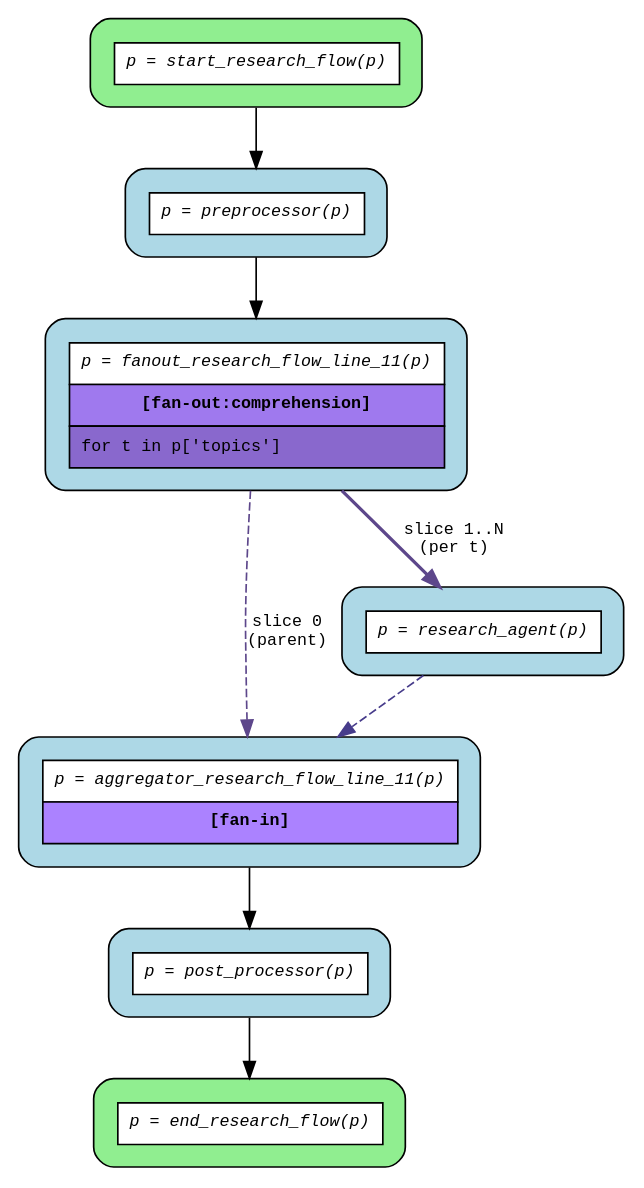
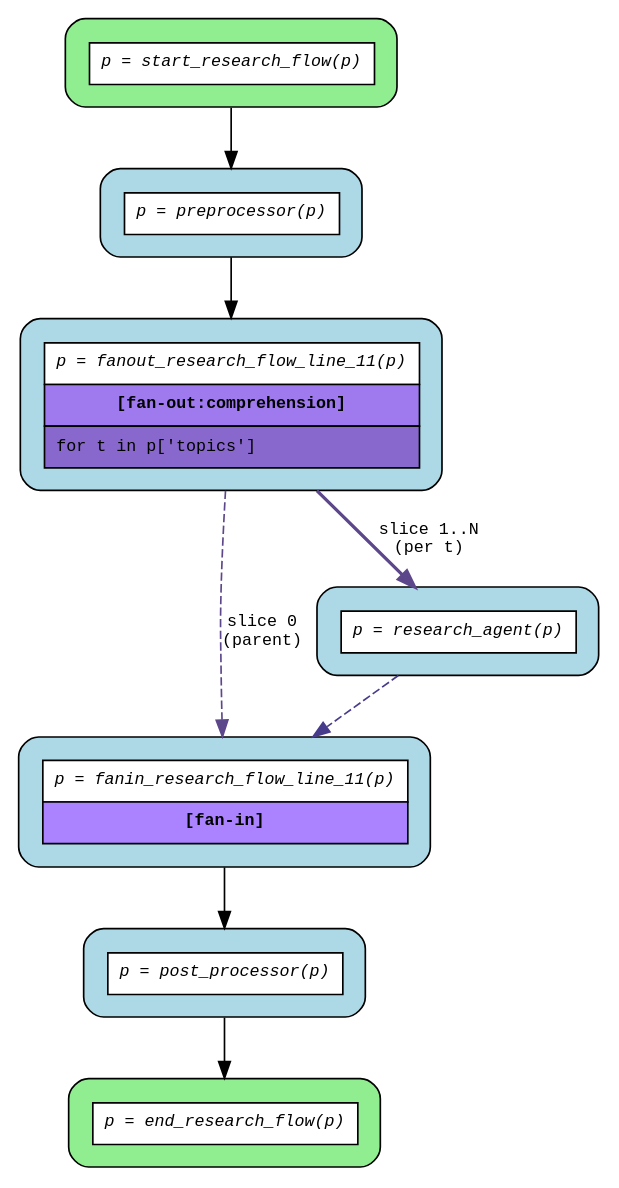
Before and after one commit to deliveryhero/asya: the diagram in examples/flows/compiled/fanout_comprehension/flow.dot, drawn with Graphviz. The commit also changed 19 other files, not shown here.

First line of the commit message:
Rename fan-out generated actor from aggregator to fanin

```diff
--- a/examples/flows/compiled/fanout_comprehension/flow.dot
+++ b/examples/flows/compiled/fanout_comprehension/flow.dot
@@ -1,22 +1,22 @@
 digraph flow {
   rankdir=TB;
   graph [fontname="Courier", fontsize=10];
   node [fontname="Courier", fontsize=10, shape=box, style="filled,rounded", margin="0.2"];
   edge [fontname="Courier", fontsize=10];
 
   start_research_flow [fillcolor="lightgreen", label=<<table border="0" cellspacing="0" cellpadding="6" cellborder="1"><tr><td bgcolor="white" align="center"><i>p = start_research_flow(p)</i></td></tr></table>>];
   fanout_research_flow_line_11 [fillcolor="lightblue", label=<<table border="0" cellspacing="0" cellpadding="6" cellborder="1"><tr><td bgcolor="white" align="center"><i>p = fanout_research_flow_line_11(p)</i></td></tr><tr><td bgcolor="mediumpurple2" align="center"><b>[fan-out:comprehension]</b></td></tr><tr><td bgcolor="mediumpurple3" align="left">for t in p['topics']</td></tr></table>>];
   end_research_flow [fillcolor="lightgreen", label=<<table border="0" cellspacing="0" cellpadding="6" cellborder="1"><tr><td bgcolor="white" align="center"><i>p = end_research_flow(p)</i></td></tr></table>>];
-  aggregator_research_flow_line_11 [fillcolor="lightblue", label=<<table border="0" cellspacing="0" cellpadding="6" cellborder="1"><tr><td bgcolor="white" align="center"><i>p = aggregator_research_flow_line_11(p)</i></td></tr><tr><td bgcolor="mediumpurple1" align="center"><b>[fan-in]</b></td></tr></table>>];
+  fanin_research_flow_line_11 [fillcolor="lightblue", label=<<table border="0" cellspacing="0" cellpadding="6" cellborder="1"><tr><td bgcolor="white" align="center"><i>p = fanin_research_flow_line_11(p)</i></td></tr><tr><td bgcolor="mediumpurple1" align="center"><b>[fan-in]</b></td></tr></table>>];
   post_processor [fillcolor="lightblue", label=<<table border="0" cellspacing="0" cellpadding="6" cellborder="1"><tr><td bgcolor="white" align="center"><i>p = post_processor(p)</i></td></tr></table>>];
   preprocessor [fillcolor="lightblue", label=<<table border="0" cellspacing="0" cellpadding="6" cellborder="1"><tr><td bgcolor="white" align="center"><i>p = preprocessor(p)</i></td></tr></table>>];
   research_agent [fillcolor="lightblue", label=<<table border="0" cellspacing="0" cellpadding="6" cellborder="1"><tr><td bgcolor="white" align="center"><i>p = research_agent(p)</i></td></tr></table>>];
 
-  aggregator_research_flow_line_11 -> post_processor;
-  fanout_research_flow_line_11 -> aggregator_research_flow_line_11 [color=mediumpurple4, label="slice 0\n(parent)", style=dashed];
+  fanin_research_flow_line_11 -> post_processor;
+  fanout_research_flow_line_11 -> fanin_research_flow_line_11 [color=mediumpurple4, label="slice 0\n(parent)", style=dashed];
   fanout_research_flow_line_11 -> research_agent [color=mediumpurple4, label="slice 1..N\n(per t)", style=bold];
   post_processor -> end_research_flow;
   preprocessor -> fanout_research_flow_line_11;
-  research_agent -> aggregator_research_flow_line_11 [color=slateblue4, style=dashed];
+  research_agent -> fanin_research_flow_line_11 [color=slateblue4, style=dashed];
   start_research_flow -> preprocessor;
 }
```
